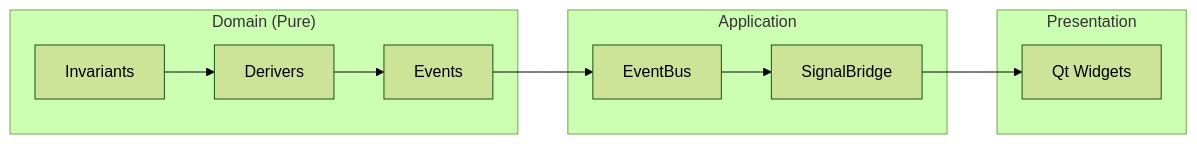
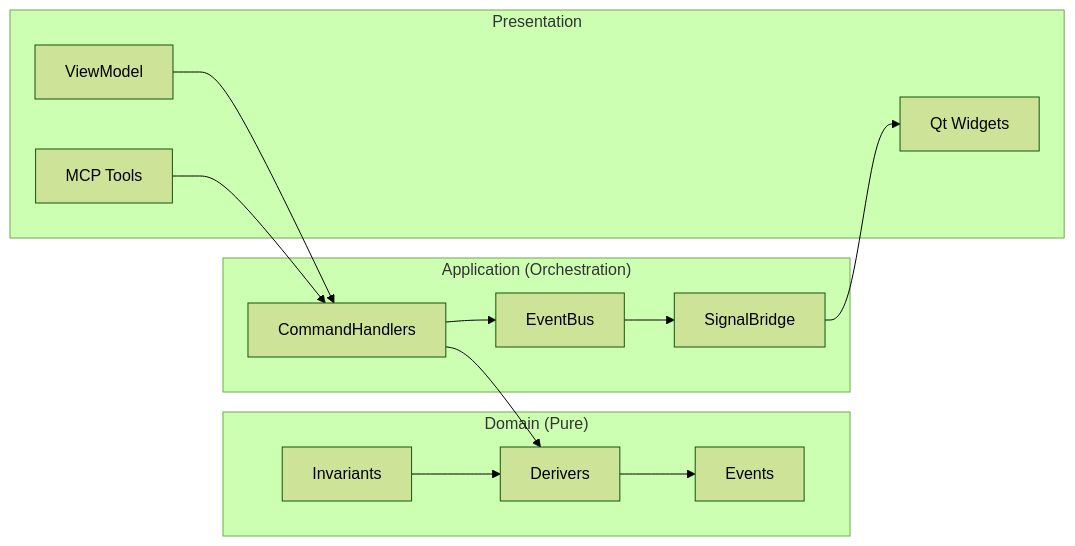
The diagram in docs/tutorials/README.md (scope-impact/QualCoder-v2), drawn with Mermaid (forest theme) before and after one commit. The commit also changed other lines of this file and 9 other files, not shown here.

First line of the commit message:
docs(tutorials): align with vertical slice architecture

````diff
--- a/docs/tutorials/README.md
+++ b/docs/tutorials/README.md
@@ -55,18 +55,24 @@
 ```mermaid
 graph LR
     subgraph Domain ["Domain (Pure)"]
         I[Invariants] --> D[Derivers]
         D --> E[Events]
     end
 
-    subgraph App ["Application"]
+    subgraph Application ["Application (Orchestration)"]
+        CH[CommandHandlers]
         EB[EventBus]
         SB[SignalBridge]
     end
 
-    subgraph UI ["Presentation"]
+    subgraph Presentation ["Presentation"]
+        VM[ViewModel]
+        MCP[MCP Tools]
         W[Qt Widgets]
     end
 
-    E --> EB --> SB --> W
+    VM --> CH
+    MCP --> CH
+    CH --> D
+    CH --> EB --> SB --> W
 ```
````
